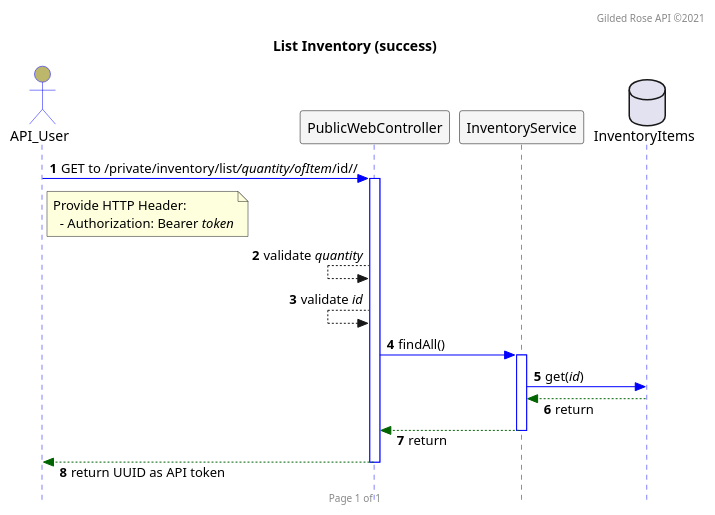
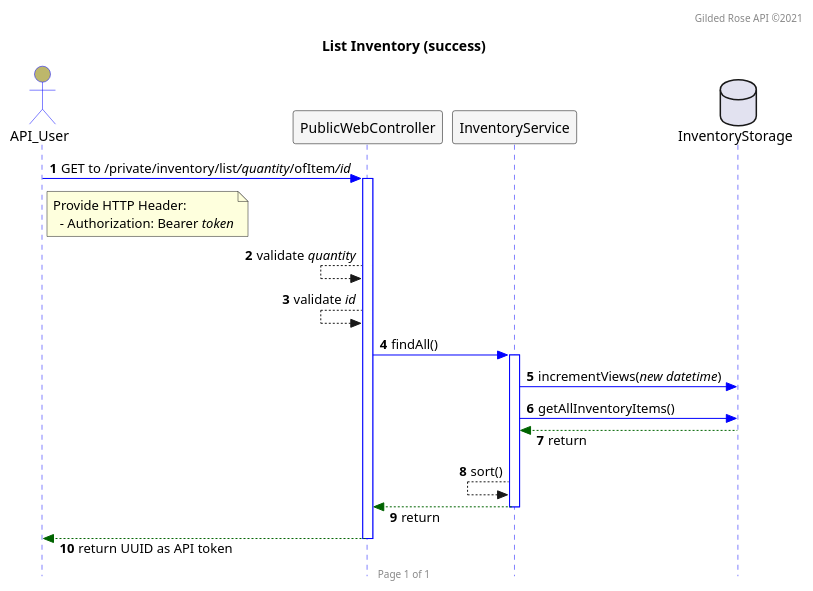
Before and after one commit to bladewheels/GildedRoseAPI: the diagram in src/main/resources/seq.list.puml, drawn with PlantUML.

```diff
--- a/src/main/resources/seq.list.puml
+++ b/src/main/resources/seq.list.puml
@@ -1,44 +1,46 @@
 @startuml
 
 autonumber
 header Gilded Rose API ©2021
 footer Page 1 of 1
 hide footbox
 
 skinparam responseMessageBelowArrow true
 skinparam sequence {
   ActorBackgroundColor DarkKhaki
   ActorBorderColor Blue
   DatabaseBackgroundColor Gray
   DatabaseBorderColor Black
   LifeLineBorderColor Blue
   ParticipantBackgroundColor WhiteSmoke
   ParticipantBorderColor Black
 }
 skinparam style strictuml
 
 title List Inventory (success)
 
 actor API_User
 participant PublicWebController
 participant InventoryService
-database InventoryItems
+database InventoryStorage
 
-API_User -[#0000FF]> PublicWebController : GET to /private/inventory/list///quantity/ofItem///id//
+API_User -[#0000FF]> PublicWebController : GET to /private/inventory/list///quantity///ofItem///id//
 note right of API_User
  Provide HTTP Header:
    - Authorization: Bearer //token//
 end note
 activate PublicWebController
 PublicWebController <-- PublicWebController : validate //quantity//
 PublicWebController <-- PublicWebController : validate //id//
 PublicWebController -[#0000FF]> InventoryService : findAll()
 activate InventoryService
-InventoryService -[#0000FF]> InventoryItems : get(//id//)
-InventoryService <[#DarkGreen]-- InventoryItems : return
+InventoryService -[#0000FF]> InventoryStorage : incrementViews(//new datetime//)
+InventoryService -[#0000FF]> InventoryStorage : getAllInventoryItems()
+InventoryService <[#DarkGreen]-- InventoryStorage : return
+InventoryService <-- InventoryService : sort()
 PublicWebController <[#DarkGreen]-- InventoryService : return
 deactivate InventoryService
 API_User <[#DarkGreen]-- PublicWebController : return UUID as API token
 deactivate PublicWebController
 
 @enduml
```
